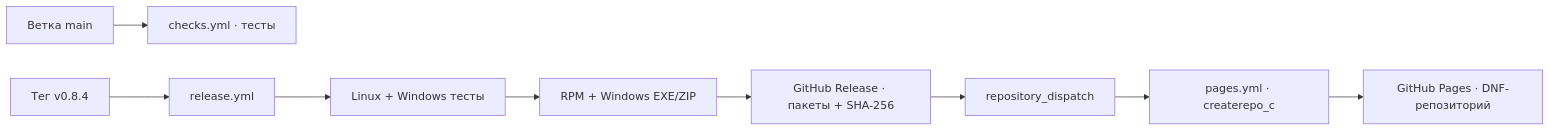
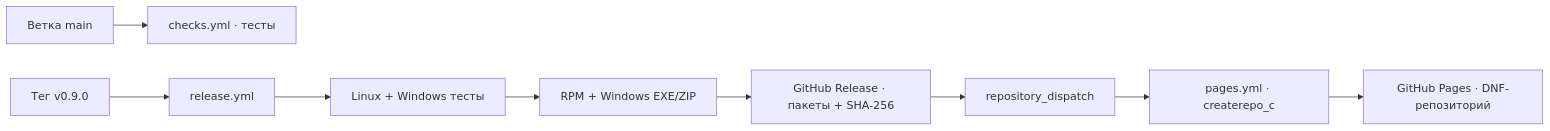
One commit to Kostya5232/naps3-redos changed the second of 3 diagrams in PROGRAM_MAP.md. Above: the diagram before and after it, drawn with Mermaid. The commit also changed other lines of this file and 9 other files, not shown here.

````diff
--- a/PROGRAM_MAP.md
+++ b/PROGRAM_MAP.md
@@ -83,11 +87,11 @@
 ```mermaid
 flowchart LR
     MainBranch["Ветка main"] --> Checks["checks.yml · тесты"]
-    Tag["Тег v0.8.4"] --> Release["release.yml"]
+    Tag["Тег v0.9.0"] --> Release["release.yml"]
     Release --> Tests["Linux + Windows тесты"]
     Tests --> Build["RPM + Windows EXE/ZIP"]
     Build --> Assets["GitHub Release · пакеты + SHA-256"]
     Assets --> Dispatch["repository_dispatch"]
     Dispatch --> Pages["pages.yml · createrepo_c"]
     Pages --> DNF["GitHub Pages · DNF-репозиторий"]
 ```
````
